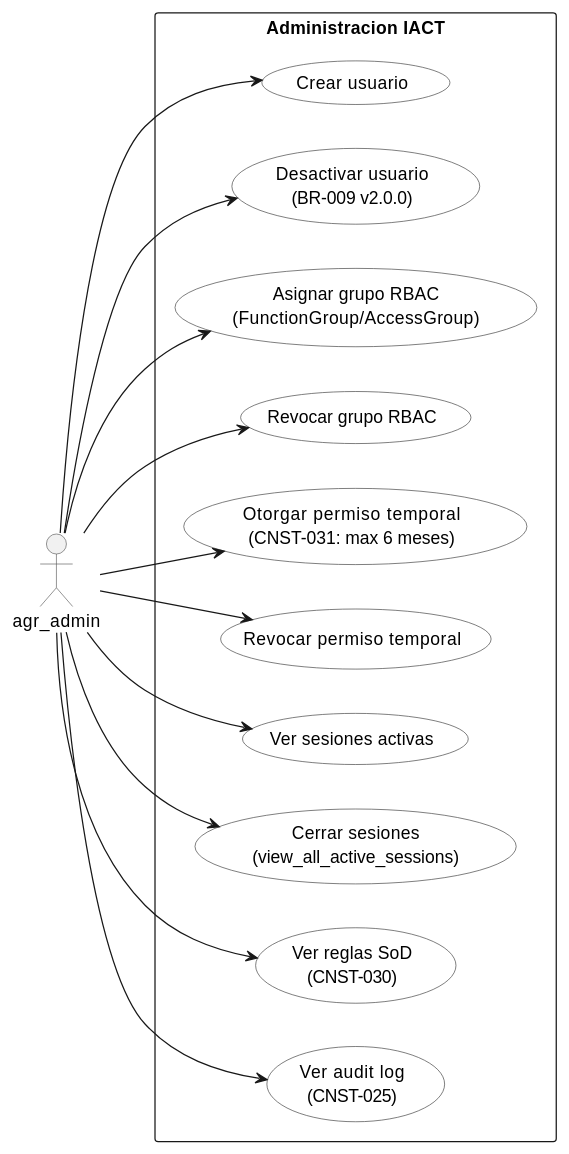
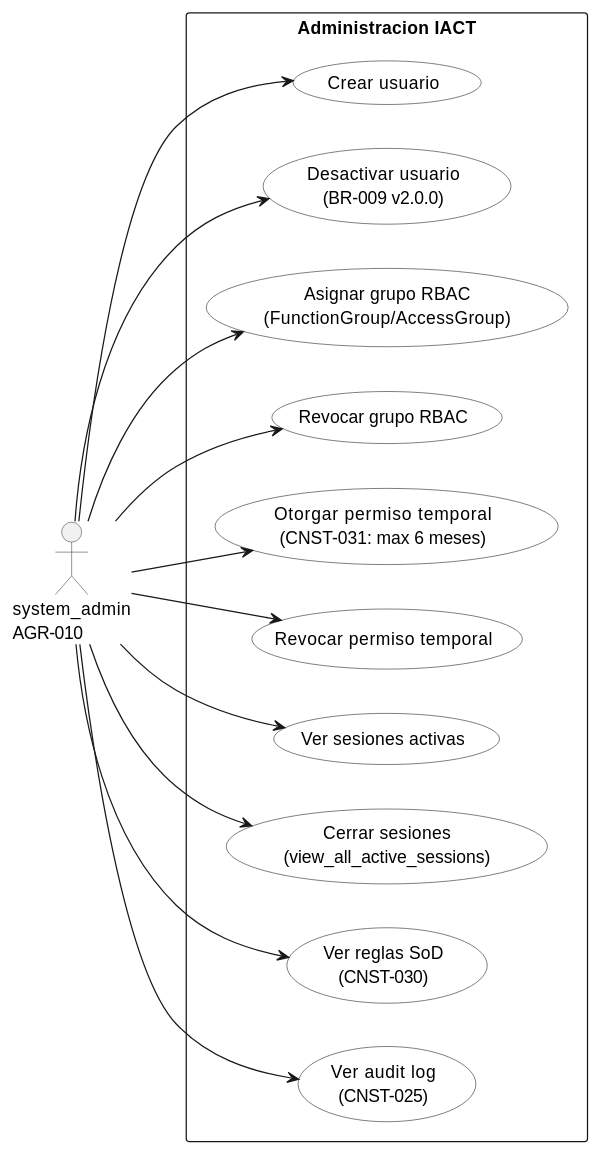
Before and after one commit to jcg-admin/IACT-docs: the first of 2 diagrams in source/arquitectura-tecnica/operational-view/system-administration.rst, drawn with PlantUML. The commit also changed other lines of this file and 13 other files, not shown here.

```diff
--- a/source/arquitectura-tecnica/operational-view/system-administration.rst
+++ b/source/arquitectura-tecnica/operational-view/system-administration.rst
@@ -26,40 +26,40 @@
 .. uml::
  :caption: Figura — Casos de uso operacionales de administracion (AGR_ADMIN)
 
  @startuml
 
  left to right direction
  skinparam usecase {
    BackgroundColor White
    BorderColor #333333
  }
  skinparam actorBorderColor #555555
  skinparam shadowing false
 
- actor "agr_admin" as AGR_ADMIN
+ actor "system_admin\nAGR-010" as AGR_ADMIN
 
  rectangle "Administracion IACT" {
    usecase "Crear usuario" as CREAR_USUARIO
    usecase "Desactivar usuario\n(BR-009 v2.0.0)" as DESACTIVAR_USUARIO
    usecase "Asignar grupo RBAC\n(FunctionGroup/AccessGroup)" as ASIGNAR_GRUPO_RBAC
    usecase "Revocar grupo RBAC" as REVOCAR_GRUPO_RBAC
    usecase "Otorgar permiso temporal\n(CNST-031: max 6 meses)" as OTORGAR_PERMISO_TEMPORAL
    usecase "Revocar permiso temporal" as REVOCAR_PERMISO_TEMPORAL
    usecase "Ver sesiones activas" as VER_SESIONES_ACTIVAS
    usecase "Cerrar sesiones\n(view_all_active_sessions)" as CERRAR_SESIONES
    usecase "Ver reglas SoD\n(CNST-030)" as VER_REGLAS_SOD
    usecase "Ver audit log\n(CNST-025)" as VER_AUDIT_LOG
  }
 
  AGR_ADMIN --> CREAR_USUARIO
  AGR_ADMIN --> DESACTIVAR_USUARIO
  AGR_ADMIN --> ASIGNAR_GRUPO_RBAC
  AGR_ADMIN --> REVOCAR_GRUPO_RBAC
  AGR_ADMIN --> OTORGAR_PERMISO_TEMPORAL
  AGR_ADMIN --> REVOCAR_PERMISO_TEMPORAL
  AGR_ADMIN --> VER_SESIONES_ACTIVAS
  AGR_ADMIN --> CERRAR_SESIONES
  AGR_ADMIN --> VER_REGLAS_SOD
  AGR_ADMIN --> VER_AUDIT_LOG
 
  @enduml
```
